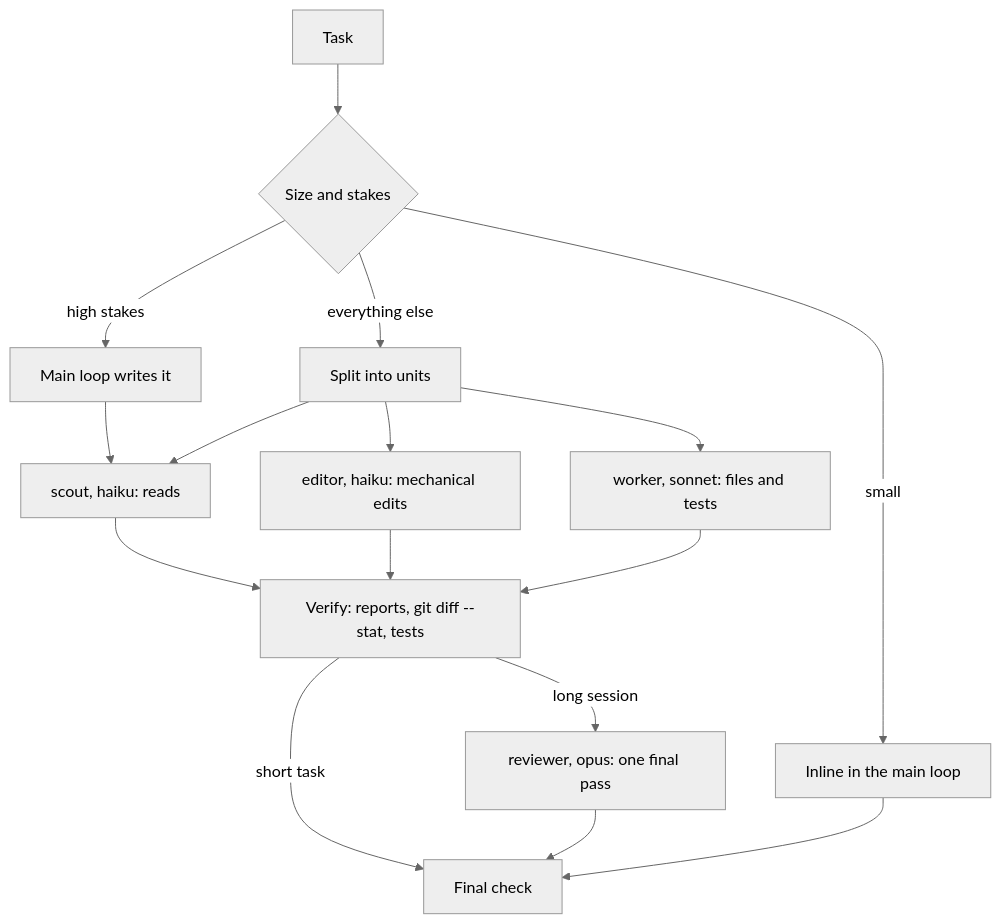
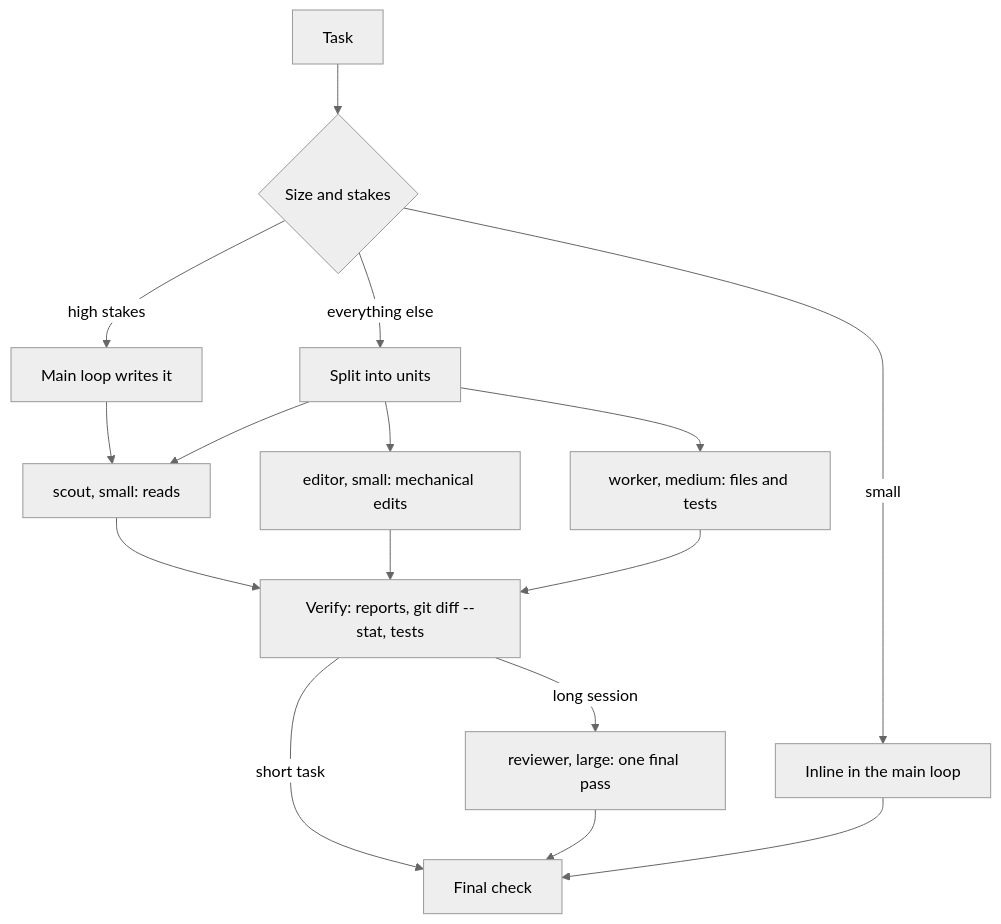
One commit to obeone/claude-skills changed the diagram in skills/cheap-orchestration/README.md. Above: the diagram before and after it, drawn with Mermaid (neutral theme). The commit also changed other lines of this file and 4 other files, not shown here.

````diff
--- a/skills/cheap-orchestration/README.md
+++ b/skills/cheap-orchestration/README.md
@@ -186,18 +203,18 @@
 ```mermaid
 flowchart TB
     T[Task] --> D{Size and stakes}
     D -->|small| I[Inline in the main loop]
     D -->|high stakes| H[Main loop writes it]
     D -->|everything else| U[Split into units]
     H --> S
-    U --> S[scout, haiku: reads]
-    U --> E[editor, haiku: mechanical edits]
-    U --> W[worker, sonnet: files and tests]
+    U --> S[scout, small: reads]
+    U --> E[editor, small: mechanical edits]
+    U --> W[worker, medium: files and tests]
     S --> V[Verify: reports, git diff --stat, tests]
     E --> V
     W --> V
-    V -->|long session| R[reviewer, opus: one final pass]
+    V -->|long session| R[reviewer, large: one final pass]
     V -->|short task| F[Final check]
     R --> F
     I --> F
 ```
````
